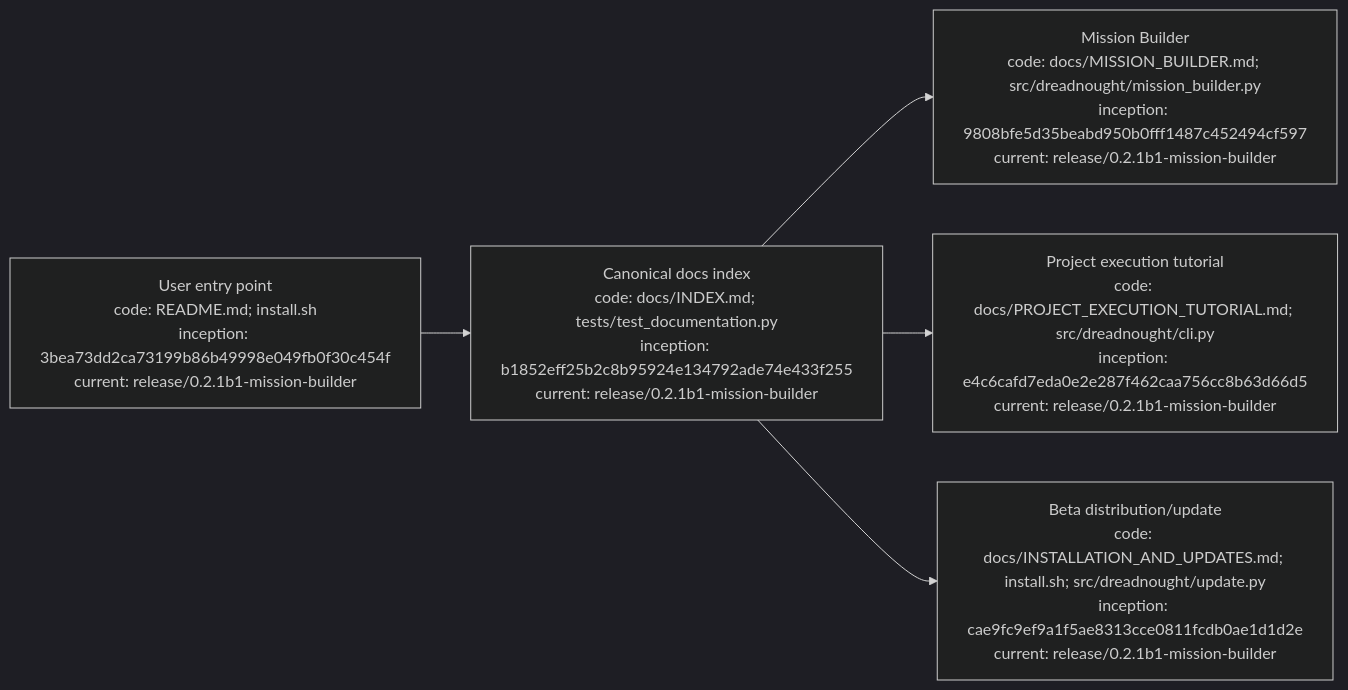
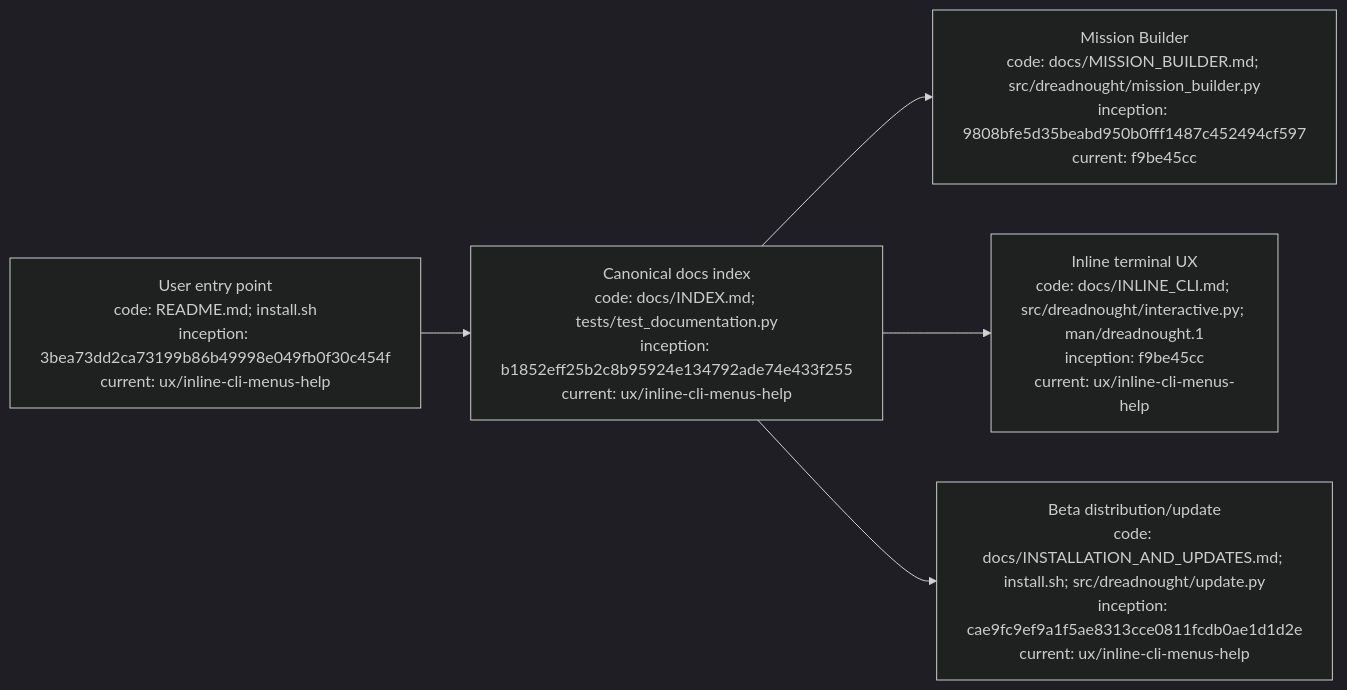
One commit to seanbman/dreadnought changed the diagram in docs/INDEX.md. Above: the diagram before and after it, drawn with Mermaid (dark theme). The commit also changed other lines of this file, not shown here.

Commit message:
docs: index inline CLI and manual guidance

````diff
--- a/docs/INDEX.md
+++ b/docs/INDEX.md
@@ -64,7 +65,7 @@
 ```mermaid
 flowchart LR
-    R["User entry point\ncode: README.md; install.sh\ninception: 3bea73dd2ca73199b86b49998e049fb0f30c454f\ncurrent: release/0.2.1b1-mission-builder"] --> I["Canonical docs index\ncode: docs/INDEX.md; tests/test_documentation.py\ninception: b1852eff25b2c8b95924e134792ade74e433f255\ncurrent: release/0.2.1b1-mission-builder"]
-    I --> M["Mission Builder\ncode: docs/MISSION_BUILDER.md; src/dreadnought/mission_builder.py\ninception: 9808bfe5d35beabd950b0fff1487c452494cf597\ncurrent: release/0.2.1b1-mission-builder"]
-    I --> T["Project execution tutorial\ncode: docs/PROJECT_EXECUTION_TUTORIAL.md; src/dreadnought/cli.py\ninception: e4c6cafd7eda0e2e287f462caa756cc8b63d66d5\ncurrent: release/0.2.1b1-mission-builder"]
-    I --> B["Beta distribution/update\ncode: docs/INSTALLATION_AND_UPDATES.md; install.sh; src/dreadnought/update.py\ninception: cae9fc9ef9a1f5ae8313cce0811fcdb0ae1d1d2e\ncurrent: release/0.2.1b1-mission-builder"]
+    R["User entry point\ncode: README.md; install.sh\ninception: 3bea73dd2ca73199b86b49998e049fb0f30c454f\ncurrent: ux/inline-cli-menus-help"] --> I["Canonical docs index\ncode: docs/INDEX.md; tests/test_documentation.py\ninception: b1852eff25b2c8b95924e134792ade74e433f255\ncurrent: ux/inline-cli-menus-help"]
+    I --> M["Mission Builder\ncode: docs/MISSION_BUILDER.md; src/dreadnought/mission_builder.py\ninception: 9808bfe5d35beabd950b0fff1487c452494cf597\ncurrent: f9be45cc"]
+    I --> T["Inline terminal UX\ncode: docs/INLINE_CLI.md; src/dreadnought/interactive.py; man/dreadnought.1\ninception: f9be45cc\ncurrent: ux/inline-cli-menus-help"]
+    I --> B["Beta distribution/update\ncode: docs/INSTALLATION_AND_UPDATES.md; install.sh; src/dreadnought/update.py\ninception: cae9fc9ef9a1f5ae8313cce0811fcdb0ae1d1d2e\ncurrent: ux/inline-cli-menus-help"]
 ```
````
